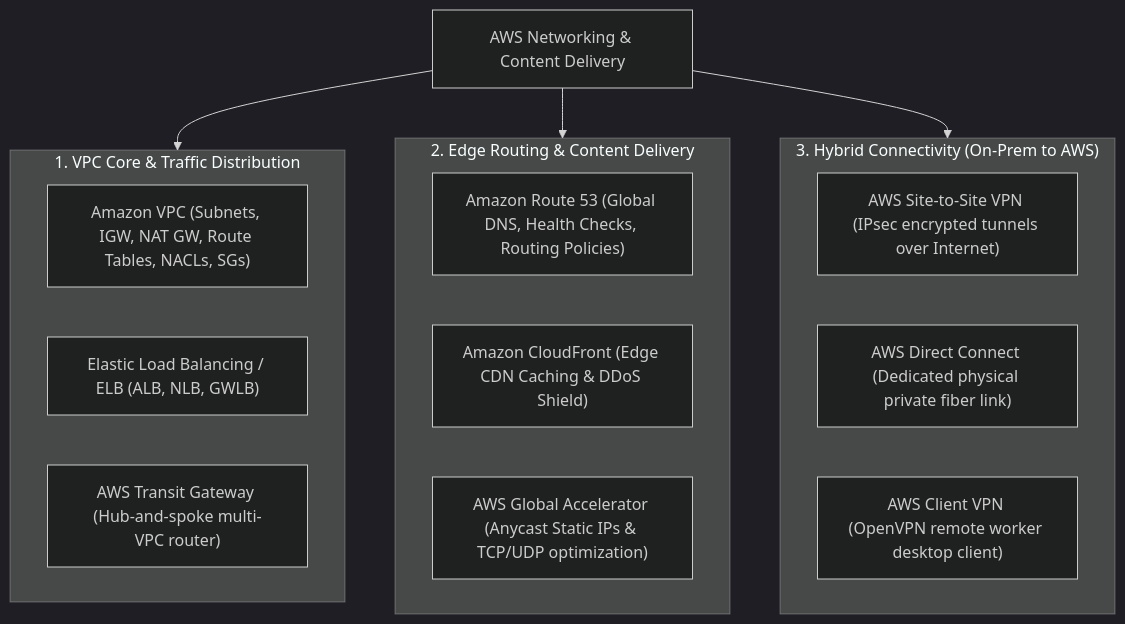
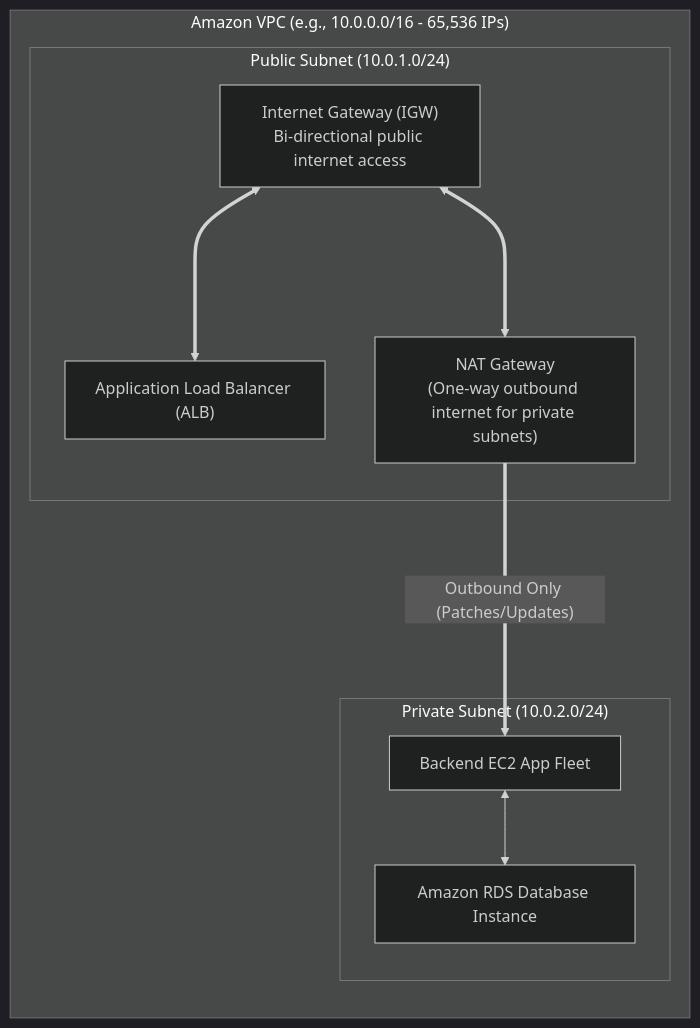
The first of 5 diagrams in Cloud/Practitioner/CLF-C02/06_Explanations/03_Technology_and_Services/Networking_and_Content_Delivery.md (fakhruldeen/AWS), drawn with Mermaid (dark theme) before and after one commit. The commit also changed other lines of this file and 18 other files, not shown here.

````diff
--- a/Cloud/Practitioner/CLF-C02/06_Explanations/03_Technology_and_Services/Networking_and_Content_Delivery.md
+++ b/Cloud/Practitioner/CLF-C02/06_Explanations/03_Technology_and_Services/Networking_and_Content_Delivery.md
@@ -25,26 +29,22 @@
 ```mermaid
 flowchart TD
-    Net["AWS Networking & Content Delivery"]
-    
-    subgraph VPC_Core["1. VPC Core & Traffic Distribution"]
-        VPC["Amazon VPC (Subnets, IGW, NAT GW, Route Tables, NACLs, SGs)"]
-        ELB["Elastic Load Balancing / ELB (ALB, NLB, GWLB)"]
-        TGW["AWS Transit Gateway (Hub-and-spoke multi-VPC router)"]
+    subgraph VPC_Subnetting ["Amazon VPC (e.g., 10.0.0.0/16 - 65,536 IPs)"]
+        direction TB
+        
+        subgraph PublicSub ["Public Subnet (10.0.1.0/24)"]
+            IGW["Internet Gateway (IGW)<br/>Bi-directional public internet access"]
+            ALB["Application Load Balancer (ALB)"]
+            NAT["NAT Gateway<br/>(One-way outbound internet for private subnets)"]
+            IGW <===> ALB
+            IGW <===> NAT
+        end
+        
+        subgraph PrivateSub ["Private Subnet (10.0.2.0/24)"]
+            App["Backend EC2 App Fleet"]
+            DB["Amazon RDS Database Instance"]
+            App <--> DB
+        end
+        
+        NAT ===>|"Outbound Only (Patches/Updates)"| App
     end
-    
-    subgraph Edge_DNS["2. Edge Routing & Content Delivery"]
-        R53["Amazon Route 53 (Global DNS, Health Checks, Routing Policies)"]
-        CF["Amazon CloudFront (Edge CDN Caching & DDoS Shield)"]
-        GA["AWS Global Accelerator (Anycast Static IPs & TCP/UDP optimization)"]
-    end
-    
-    subgraph Hybrid["3. Hybrid Connectivity (On-Prem to AWS)"]
-        VPN["AWS Site-to-Site VPN (IPsec encrypted tunnels over Internet)"]
-        DX["AWS Direct Connect (Dedicated physical private fiber link)"]
-        ClientVPN["AWS Client VPN (OpenVPN remote worker desktop client)"]
-    end
-    
-    Net --> VPC_Core
-    Net --> Edge_DNS
-    Net --> Hybrid
 ```
````
